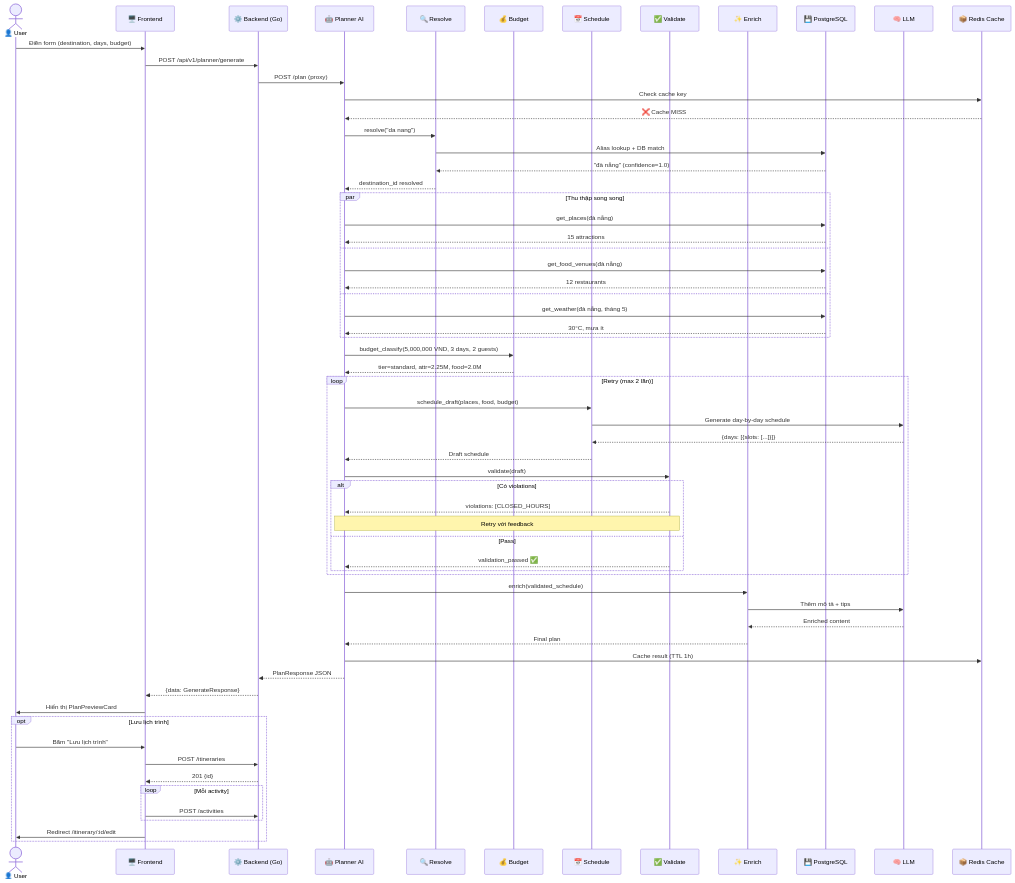
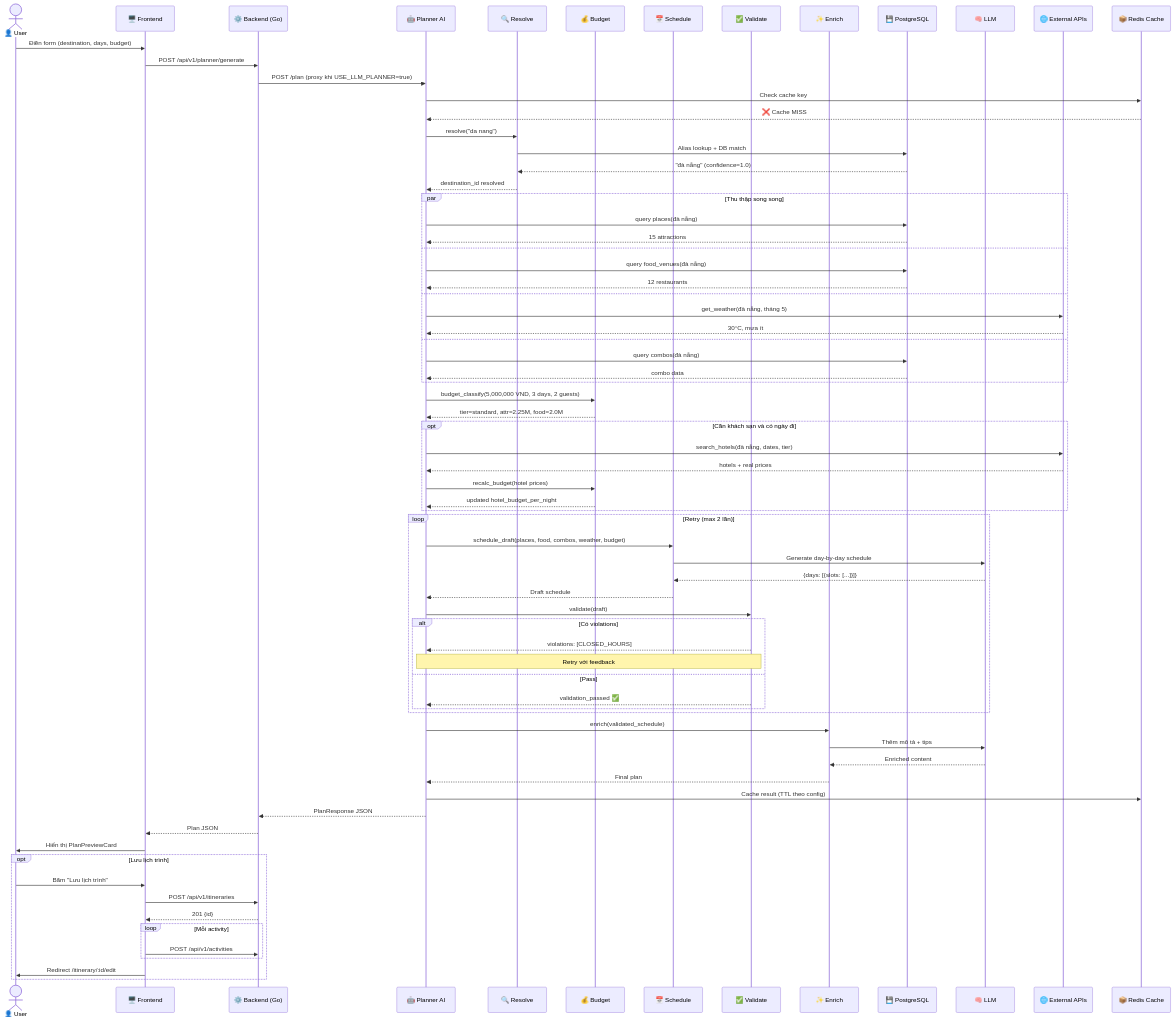
Before and after one commit to TVinhNguyen/Tripcompass: the third of 4 diagrams in docs/diagrams/03-ai-planner-pipeline.md, drawn with Mermaid. The commit also changed other lines of this file and 12 other files, not shown here.

Commit message:
docs: add system design diagrams for AI planner and itinerary management workflows and initialize next-env.d.ts.

```diff
--- a/docs/diagrams/03-ai-planner-pipeline.md
+++ b/docs/diagrams/03-ai-planner-pipeline.md
@@ -130,11 +144,12 @@
     participant N5 as ✨ Enrich
     participant DB as 💾 PostgreSQL
     participant LLM as 🧠 LLM
+    participant EXT as 🌐 External APIs
     participant CACHE as 📦 Redis Cache
 
     U->>FE: Điền form (destination, days, budget)
     FE->>BE: POST /api/v1/planner/generate
-    BE->>AI: POST /plan (proxy)
+    BE->>AI: POST /plan (proxy khi USE_LLM_PLANNER=true)
 
     AI->>CACHE: Check cache key
     CACHE-->>AI: ❌ Cache MISS
@@ -145,21 +160,31 @@
     N1-->>AI: destination_id resolved
 
     par Thu thập song song
-        AI->>DB: get_places(đà nẵng)
+        AI->>DB: query places(đà nẵng)
         DB-->>AI: 15 attractions
     and
-        AI->>DB: get_food_venues(đà nẵng)
+        AI->>DB: query food_venues(đà nẵng)
         DB-->>AI: 12 restaurants
     and
-        AI->>DB: get_weather(đà nẵng, tháng 5)
-        DB-->>AI: 30°C, mưa ít
+        AI->>EXT: get_weather(đà nẵng, tháng 5)
+        EXT-->>AI: 30°C, mưa ít
+    and
+        AI->>DB: query combos(đà nẵng)
+        DB-->>AI: combo data
     end
 
     AI->>N2: budget_classify(5,000,000 VND, 3 days, 2 guests)
     N2-->>AI: tier=standard, attr=2.25M, food=2.0M
 
+    opt Cần khách sạn và có ngày đi
+        AI->>EXT: search_hotels(đà nẵng, dates, tier)
+        EXT-->>AI: hotels + real prices
+        AI->>N2: recalc_budget(hotel prices)
+        N2-->>AI: updated hotel_budget_per_night
+    end
+
     loop Retry (max 2 lần)
-        AI->>N3: schedule_draft(places, food, budget)
+        AI->>N3: schedule_draft(places, food, combos, weather, budget)
         N3->>LLM: Generate day-by-day schedule
         LLM-->>N3: {days: [{slots: [...]}]}
         N3-->>AI: Draft schedule
@@ -178,18 +203,18 @@
     LLM-->>N5: Enriched content
     N5-->>AI: Final plan
 
-    AI->>CACHE: Cache result (TTL 1h)
+    AI->>CACHE: Cache result (TTL theo config)
     AI-->>BE: PlanResponse JSON
-    BE-->>FE: {data: GenerateResponse}
+    BE-->>FE: Plan JSON
 
     FE->>U: Hiển thị PlanPreviewCard
 
     opt Lưu lịch trình
         U->>FE: Bấm "Lưu lịch trình"
-        FE->>BE: POST /itineraries
+        FE->>BE: POST /api/v1/itineraries
         BE-->>FE: 201 {id}
         loop Mỗi activity
-            FE->>BE: POST /activities
+            FE->>BE: POST /api/v1/activities
         end
         FE->>U: Redirect /itinerary/:id/edit
     end
```
